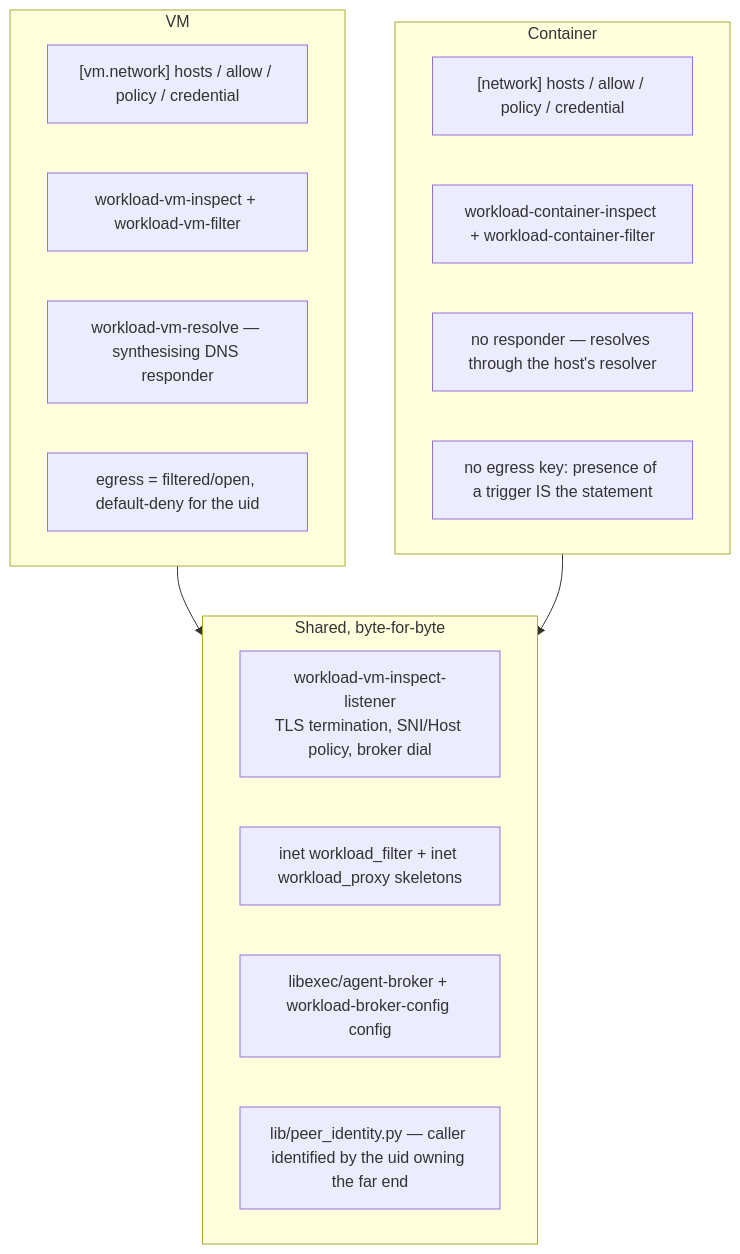
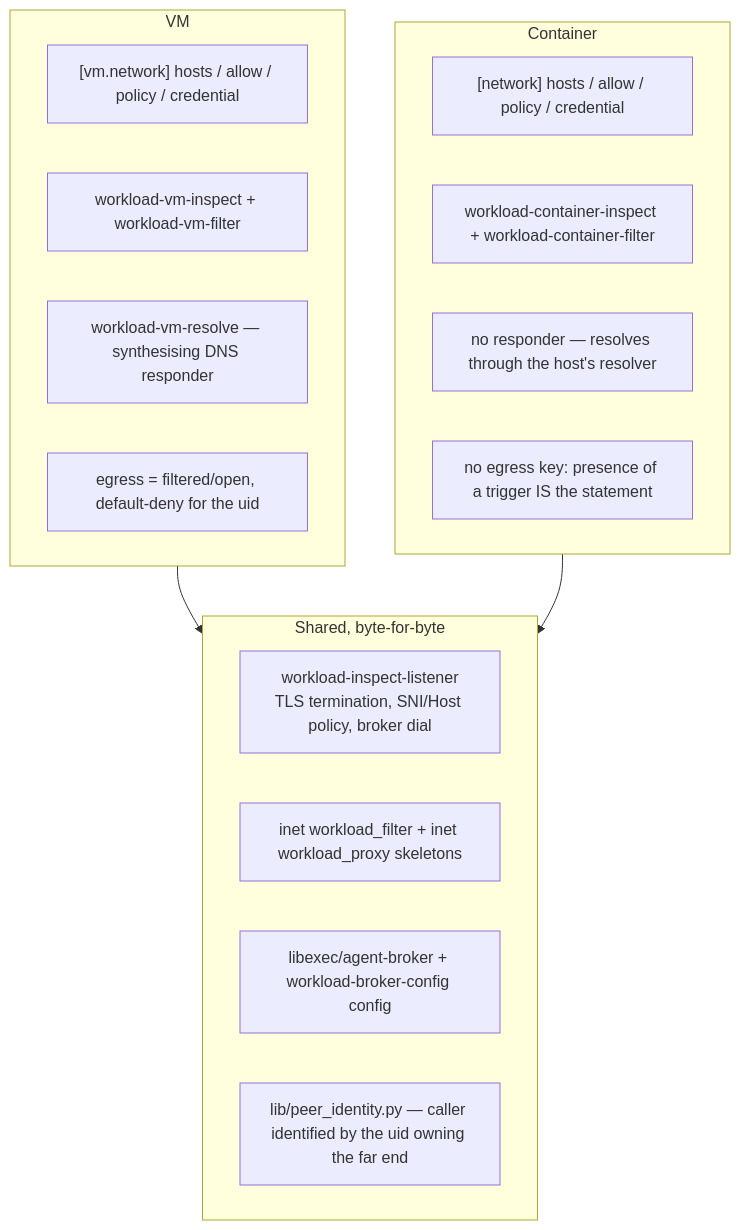
The sixth of 7 diagrams in docs/egress-and-broker-architecture.md (BenSmith/workloadctl), drawn with Mermaid before and after one commit. The commit also changed other lines of this file and 28 other files, not shown here.

First line of the commit message:
workload-vm-inspect-listener is workload-inspect-listener

````diff
--- a/docs/egress-and-broker-architecture.md
+++ b/docs/egress-and-broker-architecture.md
@@ -241,26 +241,26 @@
 ```mermaid
 flowchart TB
   subgraph shared["Shared, byte-for-byte"]
-    LST["workload-vm-inspect-listener<br/>TLS termination, SNI/Host policy, broker dial"]
+    LST["workload-inspect-listener<br/>TLS termination, SNI/Host policy, broker dial"]
     NFT2["inet workload_filter + inet workload_proxy skeletons"]
     BRK["libexec/agent-broker + workload-broker-config config"]
     PI["lib/peer_identity.py — caller identified by the uid owning the far end"]
   end
 
   subgraph vm["VM"]
     VT["[vm.network] hosts / allow / policy / credential"]
     VA["workload-vm-inspect + workload-vm-filter"]
     VR["workload-vm-resolve — synthesising DNS responder"]
     VE["egress = filtered/open, default-deny for the uid"]
   end
 
   subgraph ct["Container"]
     CT["[network] hosts / allow / policy / credential"]
     CA["workload-container-inspect + workload-container-filter"]
     CN["no responder — resolves through the host's resolver"]
     CE["no egress key: presence of a trigger IS the statement"]
   end
 
   vm --> shared
   ct --> shared
 ```
````
